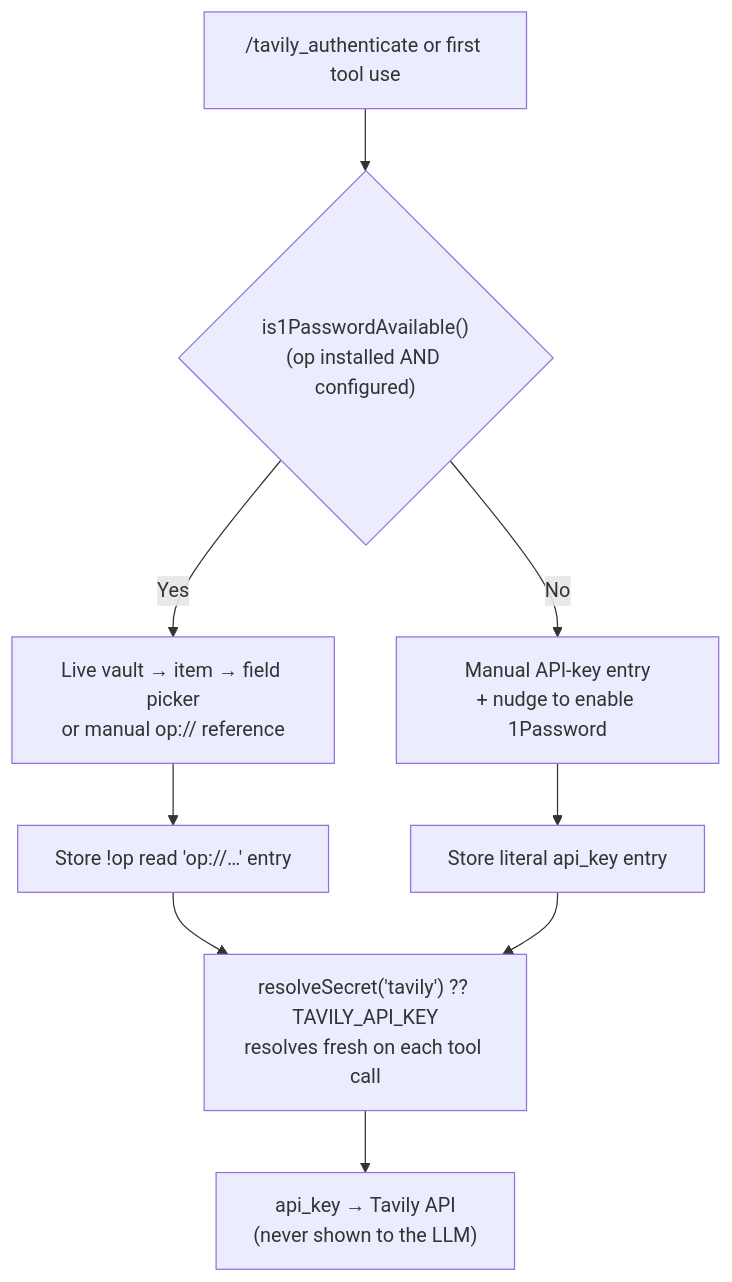
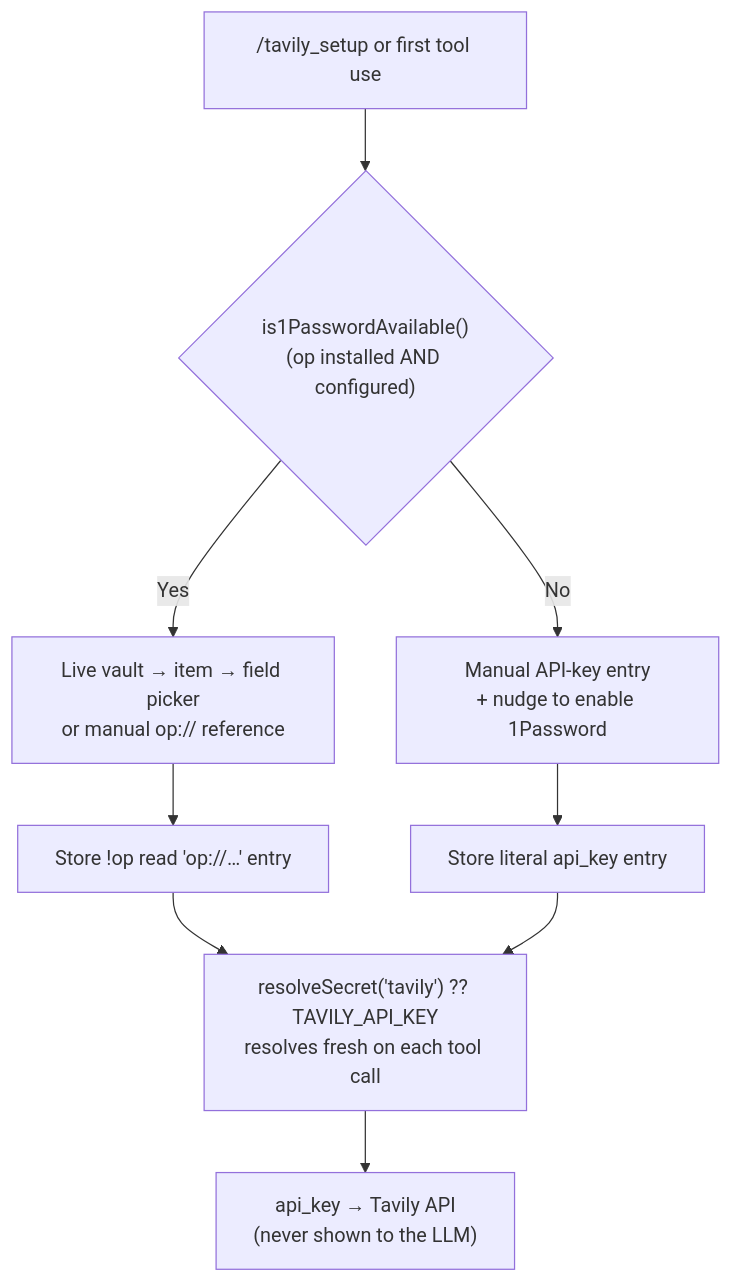
One commit to jmcombs/pi-extensions changed the diagram in packages/tavily-search/README.md. Above: the diagram before and after it, drawn with Mermaid. The commit also changed other lines of this file and 14 other files, not shown here.

````diff
--- a/packages/tavily-search/README.md
+++ b/packages/tavily-search/README.md
@@ -26,11 +26,11 @@
 ```mermaid
 flowchart TD
-    A["/tavily_authenticate or first tool use"] --> B{"is1PasswordAvailable()<br/>(op installed AND configured)"}
+    A["/tavily_setup or first tool use"] --> B{"is1PasswordAvailable()<br/>(op installed AND configured)"}
     B -- "Yes" --> C["Live vault → item → field picker<br/>or manual op:// reference"]
     C --> D["Store !op read 'op://…' entry"]
     B -- "No" --> E["Manual API-key entry<br/>+ nudge to enable 1Password"]
     E --> F["Store literal api_key entry"]
     D --> G["resolveSecret('tavily') ?? TAVILY_API_KEY<br/>resolves fresh on each tool call"]
     F --> G
     G --> H["api_key → Tavily API<br/>(never shown to the LLM)"]
 ```
````
